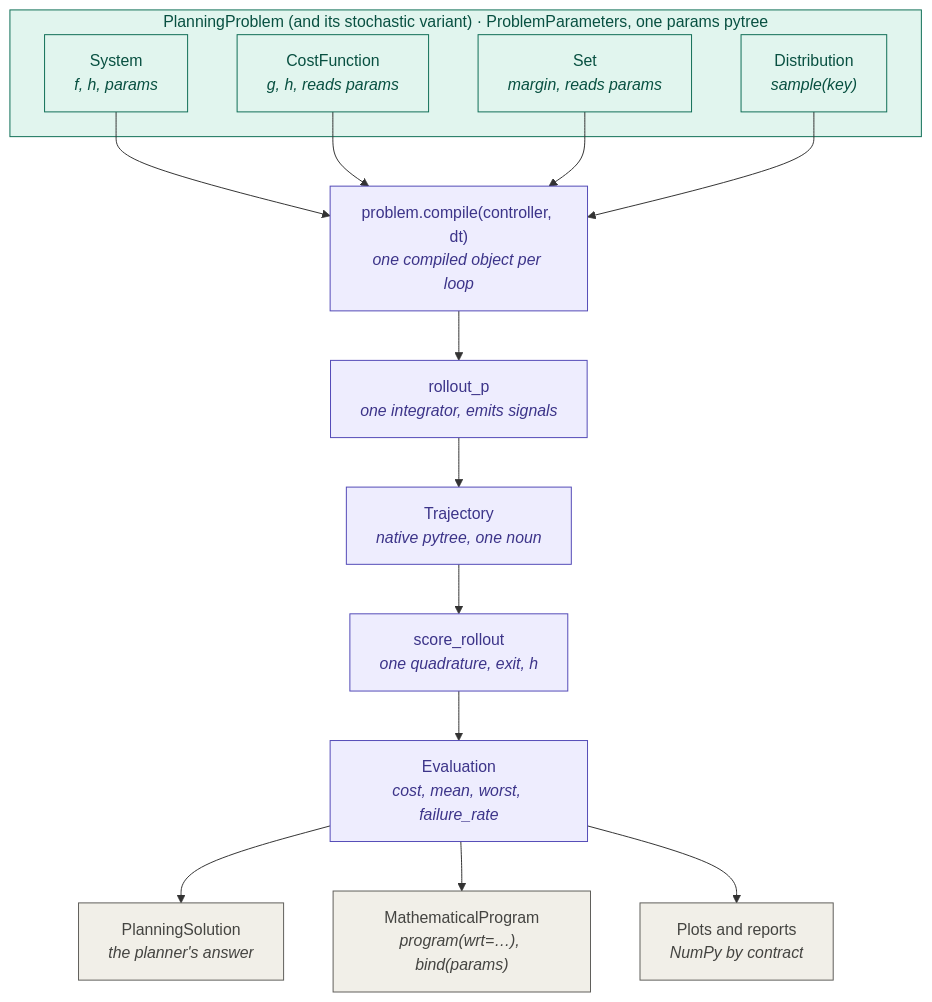
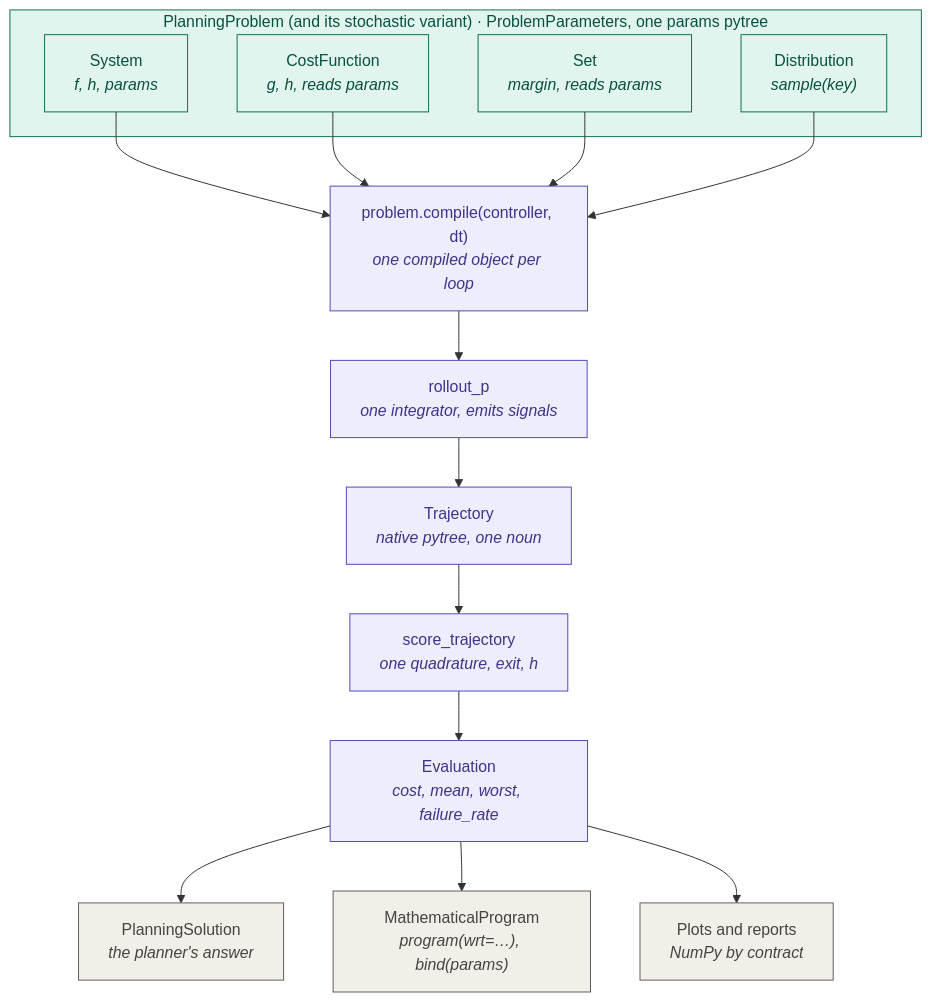
Before and after one commit to alx87grd/minilink: the diagram in docs/plans/differentiable-cost-pipeline.mmd, drawn with Mermaid. The commit also changed 14 other files, not shown here.

First line of the commit message:
docs(plans): consolidate the differentiable-problem plan from three analyses

```diff
--- a/docs/plans/differentiable-cost-pipeline.mmd
+++ b/docs/plans/differentiable-cost-pipeline.mmd
@@ -1,33 +1,33 @@
 %% The planned pipeline: the statement, the compiled traced path, the NumPy consumers.
-%% Same content as differentiable-cost-pipeline.png (target-architecture.md §2).
+%% Same content as differentiable-cost-pipeline.png (differentiable-problem.md §2).
 flowchart TB
     subgraph statement["PlanningProblem (and its stochastic variant) · ProblemParameters, one params pytree"]
         sys["System<br/><i>f, h, params</i>"]
         cost["CostFunction<br/><i>g, h, reads params</i>"]
         sets["Set<br/><i>margin, reads params</i>"]
         dist["Distribution<br/><i>sample(key)</i>"]
     end
 
     compile["problem.compile(controller, dt)<br/><i>one compiled object per loop</i>"]
     rollout["rollout_p<br/><i>one integrator, emits signals</i>"]
     traj["Trajectory<br/><i>native pytree, one noun</i>"]
-    score["score_rollout<br/><i>one quadrature, exit, h</i>"]
+    score["score_trajectory<br/><i>one quadrature, exit, h</i>"]
     evaluation["Evaluation<br/><i>cost, mean, worst, failure_rate</i>"]
 
     solution["PlanningSolution<br/><i>the planner's answer</i>"]
     program["MathematicalProgram<br/><i>program(wrt=…), bind(params)</i>"]
     plots["Plots and reports<br/><i>NumPy by contract</i>"]
 
     sys & cost & sets & dist --> compile
     compile --> rollout --> traj --> score --> evaluation
     evaluation --> solution
     evaluation --> program
     evaluation --> plots
 
     classDef stmt fill:#E1F5EE,stroke:#0F6E56,color:#085041
     classDef traced fill:#EEEDFE,stroke:#534AB7,color:#3C3489
     classDef numpy fill:#F1EFE8,stroke:#5F5E5A,color:#444441
     class sys,cost,sets,dist stmt
     class compile,rollout,traj,score,evaluation traced
     class solution,program,plots numpy
     style statement fill:#E1F5EE,stroke:#0F6E56,color:#085041
```
